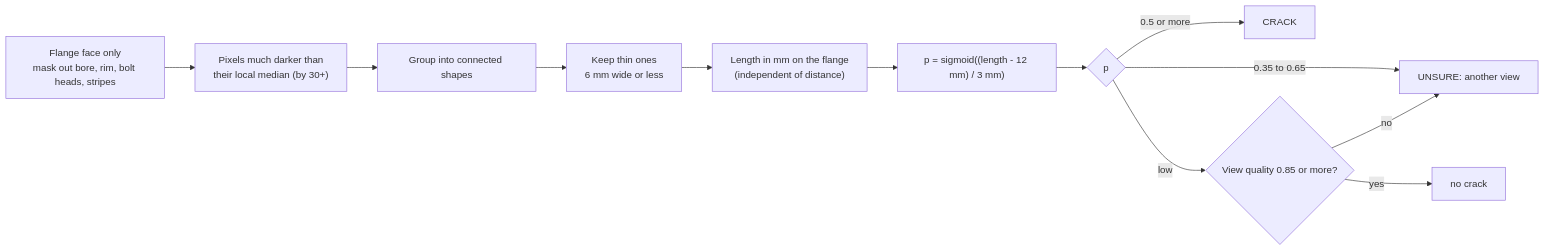
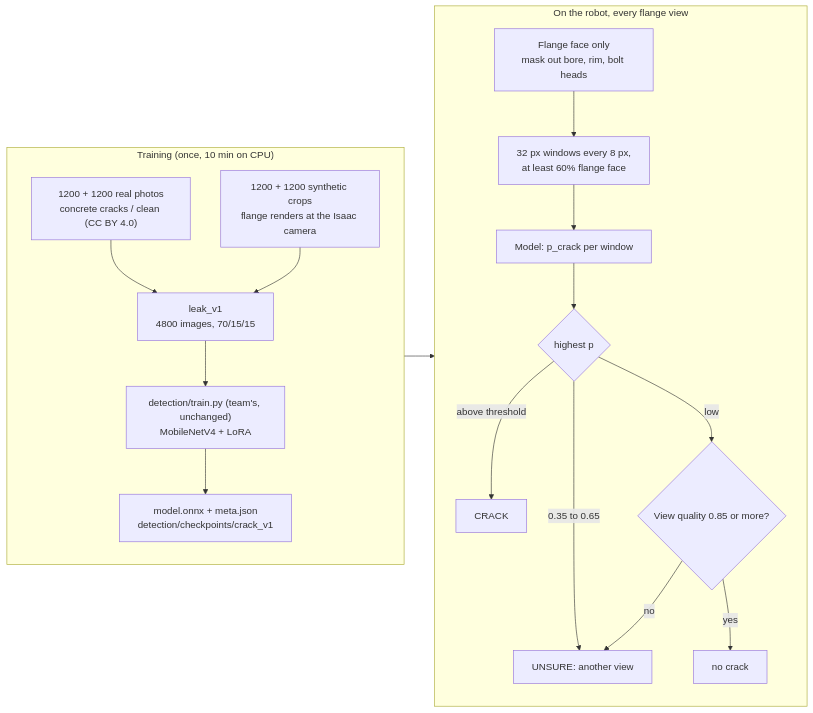
One commit to NeoChenn/spark-bef241b1-submission-repo changed the seventh of 10 diagrams in docs/leak-diagrams.md. Above: the diagram before and after it, drawn with Mermaid. The commit also changed other lines of this file and 12 other files, not shown here.

First line of the commit message:
Train the crack detector like the rust model and make it the robot's default

````diff
--- a/docs/leak-diagrams.md
+++ b/docs/leak-diagrams.md
@@ -197,14 +198,22 @@
 ```mermaid
 flowchart LR
-    A["Flange face only<br/>mask out bore, rim, bolt heads, stripes"] --> B["Pixels much darker than<br/>their local median (by 30+)"]
-    B --> C["Group into connected shapes"]
-    C --> D["Keep thin ones<br/>6 mm wide or less"]
-    D --> E["Length in mm on the flange<br/>(independent of distance)"]
-    E --> F["p = sigmoid((length - 12 mm) / 3 mm)"]
-    F --> G{"p"}
-    G -- "0.5 or more" --> H["CRACK"]
-    G -- "0.35 to 0.65" --> U["UNSURE: another view"]
-    G -- "low" --> Q{"View quality 0.85 or more?"}
-    Q -- "yes" --> N["no crack"]
-    Q -- "no" --> U
+    subgraph TRAIN["Training (once, 10 min on CPU)"]
+        direction TB
+        R["1200 + 1200 real photos<br/>concrete cracks / clean (CC BY 4.0)"] --> DS["leak_v1<br/>4800 images, 70/15/15"]
+        SY["1200 + 1200 synthetic crops<br/>flange renders at the Isaac camera"] --> DS
+        DS --> TR["detection/train.py (team's, unchanged)<br/>MobileNetV4 + LoRA"]
+        TR --> CK["model.onnx + meta.json<br/>detection/checkpoints/crack_v1"]
+    end
+    subgraph RUN["On the robot, every flange view"]
+        direction TB
+        A["Flange face only<br/>mask out bore, rim, bolt heads"] --> W["32 px windows every 8 px,<br/>at least 60% flange face"]
+        W --> M["Model: p_crack per window"]
+        M --> G{"highest p"}
+        G -- "above threshold" --> H["CRACK"]
+        G -- "0.35 to 0.65" --> U["UNSURE: another view"]
+        G -- "low" --> Q{"View quality 0.85 or more?"}
+        Q -- "yes" --> N["no crack"]
+        Q -- "no" --> U
+    end
+    CK --> M
 ```
````
